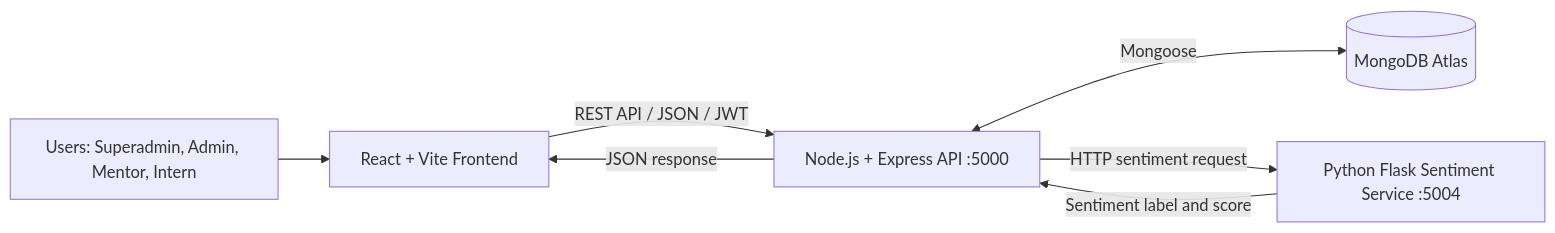
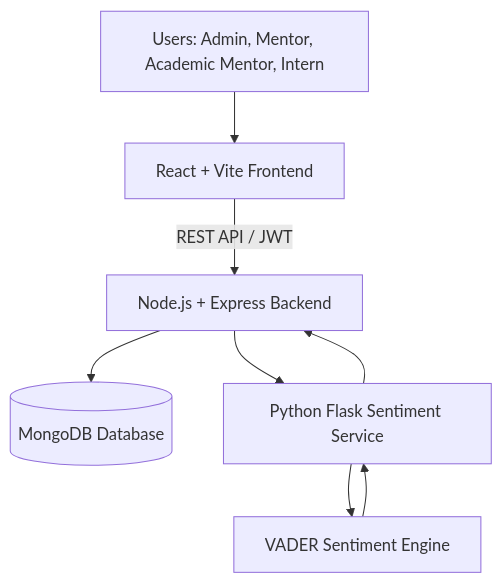
The first of 2 diagrams in README.md (sarthakdarshane/InternManagement), drawn with Mermaid before and after one commit. The commit also changed other lines of this file, not shown here.

````diff
--- a/README.md
+++ b/README.md
@@ -95,15 +172,17 @@
 ```mermaid
-flowchart LR
-    U["Users: Superadmin, Admin, Mentor, Intern"]
-    FE["React + Vite Frontend"]
-    API["Node.js + Express API :5000"]
-    DB[("MongoDB Atlas")]
-    SA["Python Flask Sentiment Service :5004"]
+flowchart TD
+    U[Users: Admin, Mentor, Academic Mentor, Intern]
+    FE[React + Vite Frontend]
+    API[Node.js + Express Backend]
+    DB[(MongoDB Database)]
+    SA[Python Flask Sentiment Service]
+    V[VADER Sentiment Engine]
 
     U --> FE
-    FE -->|"REST API / JSON / JWT"| API
-    API <-->|"Mongoose"| DB
-    API -->|"HTTP sentiment request"| SA
-    SA -->|"Sentiment label and score"| API
-    API -->|"JSON response"| FE
+    FE -->|REST API / JWT| API
+    API --> DB
+    API --> SA
+    SA --> V
+    V --> SA
+    SA --> API
 ```
````
